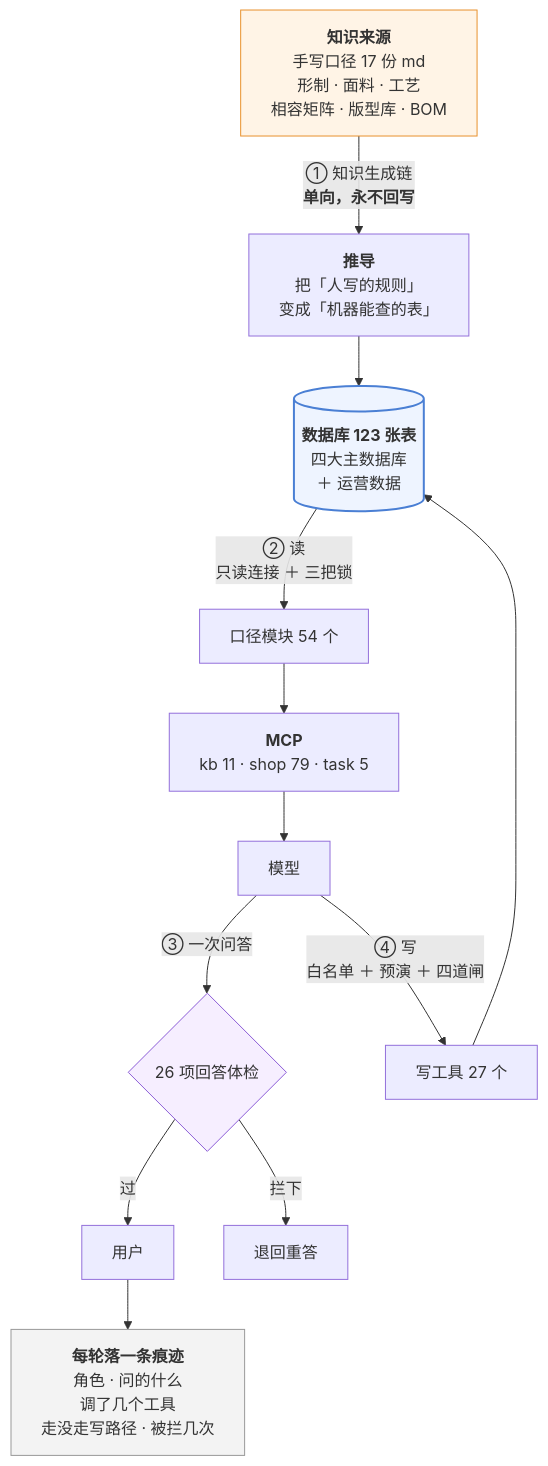
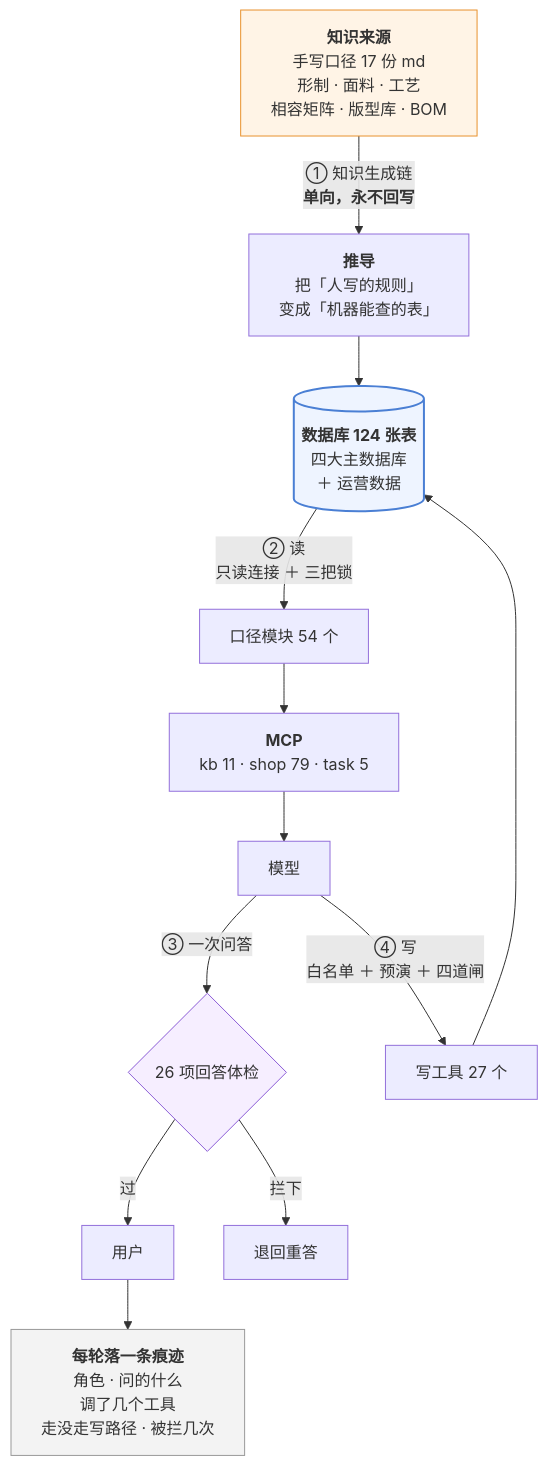
The third of 3 diagrams in 澜绣云裳agent-产品说明.md (843773296-rgb/lanxiu-yunshang-agent), drawn with Mermaid before and after one commit. The commit also changed other lines of this file and 16 other files, not shown here.

````diff
--- a/澜绣云裳agent-产品说明.md
+++ b/澜绣云裳agent-产品说明.md
@@ -1004,24 +1004,24 @@
 ```mermaid
 flowchart TD
     MD["<b>知识来源</b><br/>手写口径 17 份 md<br/>形制 · 面料 · 工艺<br/>相容矩阵 · 版型库 · BOM"]
     MD -->|"① 知识生成链<br/><b>单向，永不回写</b>"| DV["<b>推导</b><br/>把「人写的规则」<br/>变成「机器能查的表」"]
-    DV --> DB[("<b>数据库 123 张表</b><br/>四大主数据库<br/>＋ 运营数据")]
+    DV --> DB[("<b>数据库 124 张表</b><br/>四大主数据库<br/>＋ 运营数据")]
 
     DB -->|"② 读<br/>只读连接 ＋ 三把锁"| KJ["口径模块 54 个"]
     KJ --> MCP["<b>MCP</b><br/>kb 11 · shop 79 · task 5"]
     MCP --> LLM["模型"]
 
     LLM -->|"③ 一次问答"| GD{"26 项回答体检"}
     GD -- 过 --> U["用户"]
     GD -- 拦下 --> RE["退回重答"]
 
     LLM -->|"④ 写<br/>白名单 ＋ 预演 ＋ 四道闸"| W["写工具 27 个"]
     W --> DB
 
     U --> TR["<b>每轮落一条痕迹</b><br/>角色 · 问的什么<br/>调了几个工具<br/>走没走写路径 · 被拦几次"]
 
     style MD fill:#fff4e6,stroke:#e8912d
     style DB fill:#eef4ff,stroke:#4a7fd4,stroke-width:2px
     style GD fill:#f6eeff,stroke:#8b5cd6
     style TR fill:#f3f3f3,stroke:#999
 ```
````
